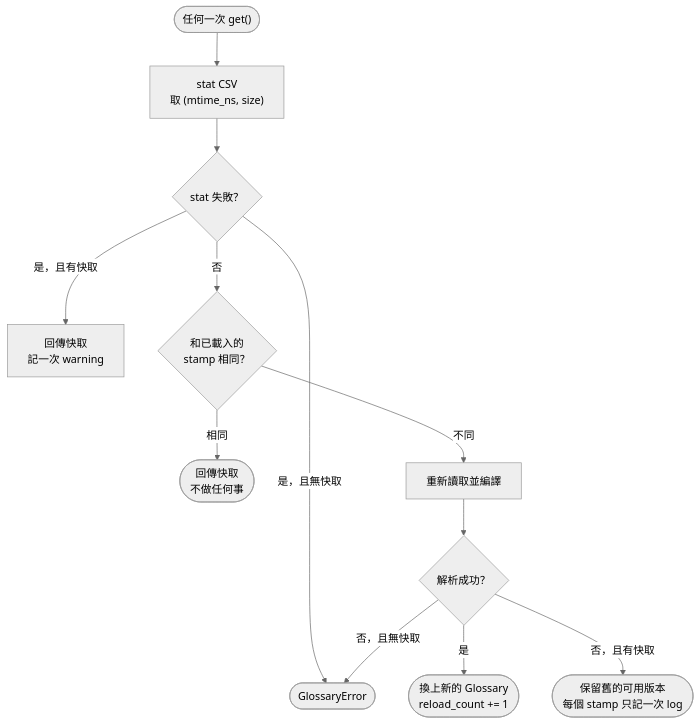
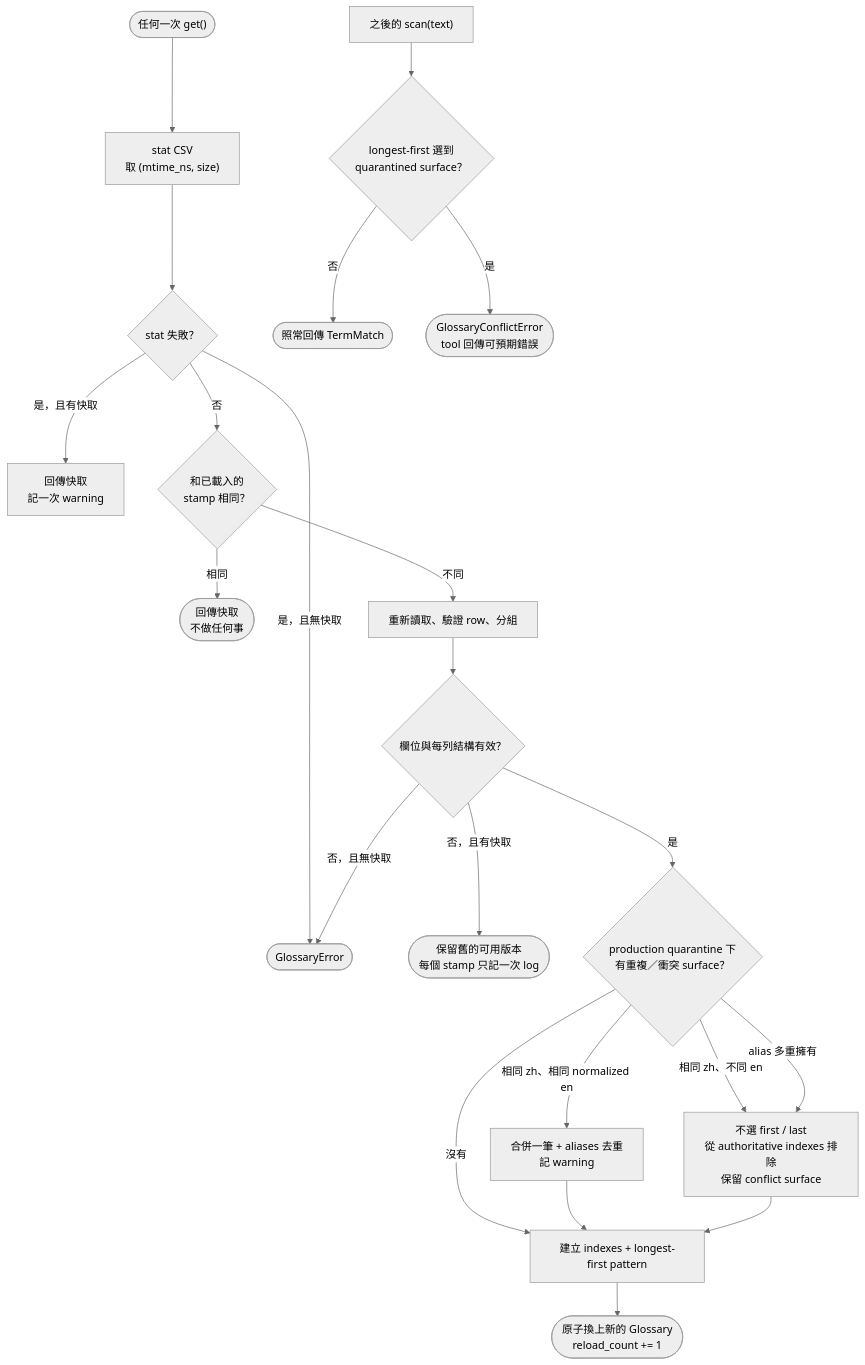
Before and after one commit to xian-ai-1057/mcp_agent: the tenth of 12 diagrams in docs/architecture.md, drawn with Mermaid (neutral theme). The commit also changed other lines of this file and 15 other files, not shown here.

Commit message:
fix glossary conflicts and refresh architecture docs

````diff
--- a/docs/architecture.md
+++ b/docs/architecture.md
@@ -368,16 +480,27 @@
 ```mermaid
 flowchart TD
     CALL(["任何一次 get()"]) --> STAT["stat CSV<br/>取 (mtime_ns, size)"]
     STAT --> FAIL{"stat 失敗？"}
     FAIL -->|是，且有快取| SERVE["回傳快取<br/>記一次 warning"]
     FAIL -->|是，且無快取| RAISE(["GlossaryError"])
     FAIL -->|否| SAME{"和已載入的<br/>stamp 相同？"}
 
     SAME -->|相同| CACHED(["回傳快取<br/>不做任何事"])
-    SAME -->|不同| LOAD["重新讀取並編譯"]
+    SAME -->|不同| LOAD["重新讀取、驗證 row、分組"]
 
-    LOAD --> OK{"解析成功？"}
-    OK -->|是| NEW(["換上新的 Glossary<br/>reload_count += 1"])
-    OK -->|否，且有快取| STALE(["保留舊的可用版本<br/>每個 stamp 只記一次 log"])
-    OK -->|否，且無快取| RAISE
+    LOAD --> STRUCT{"欄位與每列結構有效？"}
+    STRUCT -->|否，且有快取| STALE(["保留舊的可用版本<br/>每個 stamp 只記一次 log"])
+    STRUCT -->|否，且無快取| RAISE
+    STRUCT -->|是| DUP{"production quarantine 下<br/>有重複／衝突 surface？"}
+    DUP -->|沒有| COMPILE["建立 indexes + longest-first pattern"]
+    DUP -->|相同 zh、相同 normalized en| MERGE["合併一筆 + aliases 去重<br/>記 warning"]
+    DUP -->|相同 zh、不同 en| QUAR["不選 first / last<br/>從 authoritative indexes 排除<br/>保留 conflict surface"]
+    DUP -->|alias 多重擁有| QUAR
+    MERGE --> COMPILE
+    QUAR --> COMPILE
+    COMPILE --> NEW(["原子換上新的 Glossary<br/>reload_count += 1"])
+
+    REQUEST["之後的 scan(text)"] --> PICK{"longest-first 選到<br/>quarantined surface？"}
+    PICK -->|否| MATCHED(["照常回傳 TermMatch"])
+    PICK -->|是| CONFLICT(["GlossaryConflictError<br/>tool 回傳可預期錯誤"])
 ```
````
